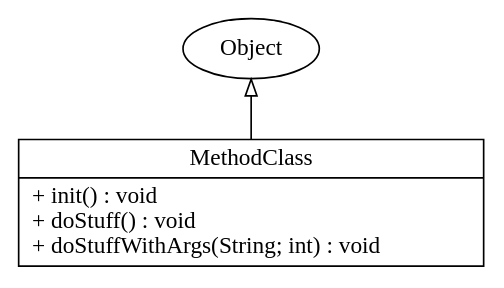
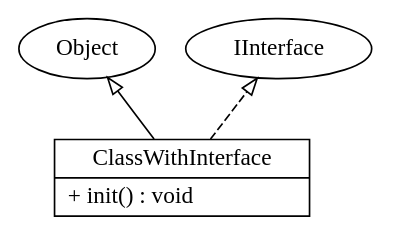
The diagram in input_output/test.gv (tpunt3/Csse374), drawn with Graphviz before and after one commit. The commit also changed 6 other files, not shown here.

```diff
--- a/input_output/test.gv
+++ b/input_output/test.gv
@@ -1,10 +1,11 @@
 digraph model{
 rankdir = BT;
-MethodClass [
+ClassWithInterface [
 shape="record",
-label = "{MethodClass| + init() : void\l+ doStuff() : void\l+ doStuffWithArgs(String; int) : void\l}"
+label = "{ClassWithInterface| + init() : void\l}"
 ];
 
 //writing relations between classes now
-MethodClass -> Object [arrowhead = "empty"];
+ClassWithInterface -> Object [arrowhead = "empty"];
+ClassWithInterface -> IInterface [arrowhead = "empty", style = "dashed"];
 }
```
